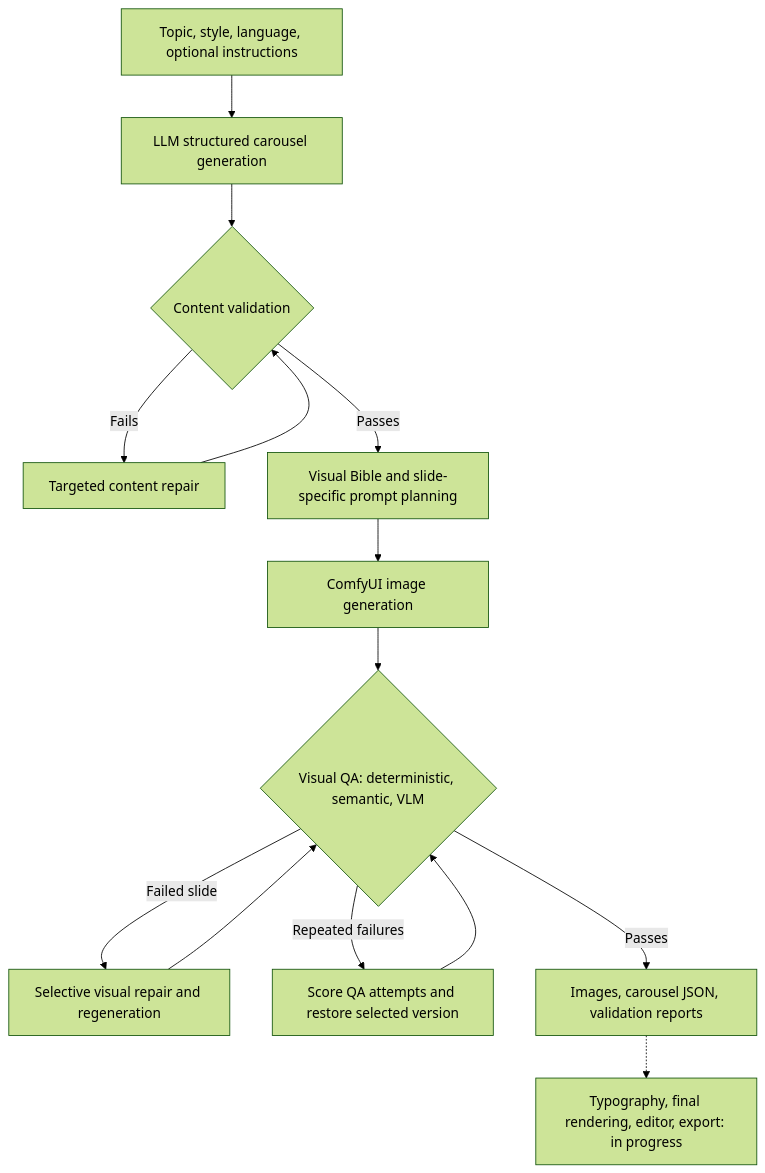
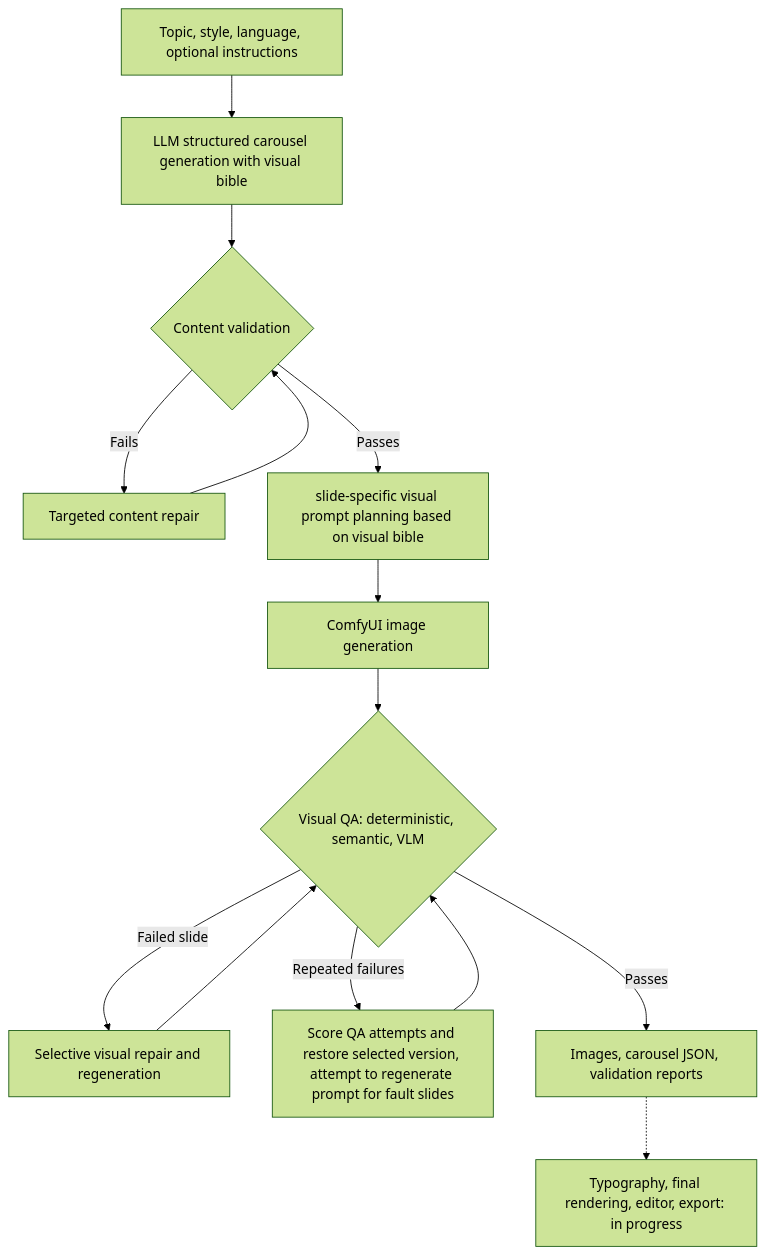
The diagram in README.md (alvinthesans/ARCArticleGeneration), drawn with Mermaid (forest theme) before and after one commit. The commit also changed other lines of this file, not shown here.

````diff
--- a/README.md
+++ b/README.md
@@ -15,16 +12,16 @@
 ```mermaid
 flowchart TD
-    A[Topic, style, language, optional instructions] --> B[LLM structured carousel generation]
+    A[Topic, style, language, optional instructions] --> B[LLM structured carousel generation with visual bible]
     B --> C{Content validation}
     C -->|Fails| D[Targeted content repair]
     D --> C
-    C -->|Passes| E[Visual Bible and slide-specific prompt planning]
+    C -->|Passes| E[slide-specific visual prompt planning based on visual bible]
     E --> F[ComfyUI image generation]
     F --> G{Visual QA: deterministic, semantic, VLM}
     G -->|Failed slide| H[Selective visual repair and regeneration]
     H --> G
-    G -->|Repeated failures| I[Score QA attempts and restore selected version]
+    G -->|Repeated failures| I[Score QA attempts and restore selected version, attempt to regenerate prompt for fault slides]
     I --> G
     G -->|Passes| J[Images, carousel JSON, validation reports]
     J -.-> K[Typography, final rendering, editor, export: in progress]
 ```
````
